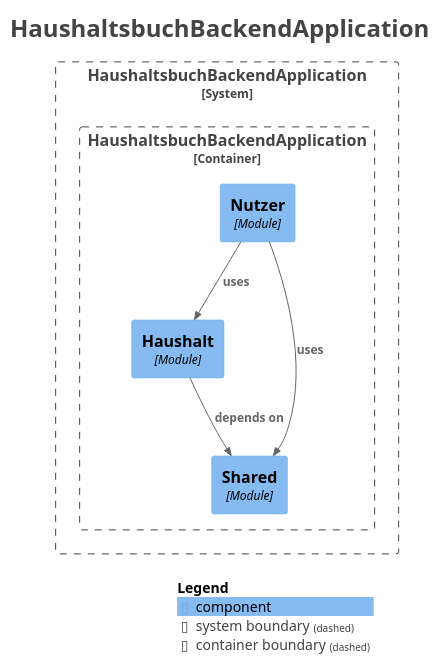
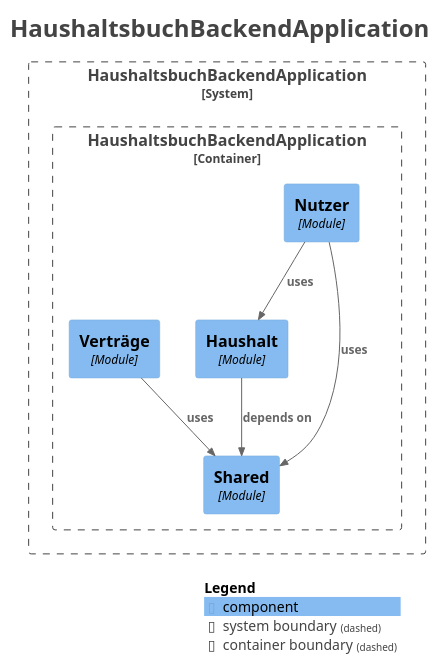
The diagram in docs/module/components.puml (bjoernb94/Haushaltsbuch-Backend), drawn with PlantUML before and after one commit. The commit also changed 41 other files, not shown here.

```diff
--- a/docs/module/components.puml
+++ b/docs/module/components.puml
@@ -1,33 +1,35 @@
 @startuml
 title <size:24>HaushaltsbuchBackendApplication</size>
 
 set separator none
 top to bottom direction
 
 <style>
   root {
     BackgroundColor: #ffffff
     FontColor: #444444
   }
 </style>
 
 !include <C4/C4>
 !include <C4/C4_Context>
 !include <C4/C4_Component>
 
 System_Boundary("HaushaltsbuchBackendApplication_boundary", "HaushaltsbuchBackendApplication", $tags="") {
   Container_Boundary("HaushaltsbuchBackendApplication.HaushaltsbuchBackendApplication_boundary", "HaushaltsbuchBackendApplication", $tags="") {
     Component(HaushaltsbuchBackendApplication.HaushaltsbuchBackendApplication.Haushalt, "Haushalt", $techn="Module", $descr="", $tags="", $link="")
     Component(HaushaltsbuchBackendApplication.HaushaltsbuchBackendApplication.Nutzer, "Nutzer", $techn="Module", $descr="", $tags="", $link="")
     Component(HaushaltsbuchBackendApplication.HaushaltsbuchBackendApplication.Shared, "Shared", $techn="Module", $descr="", $tags="", $link="")
+    Component(HaushaltsbuchBackendApplication.HaushaltsbuchBackendApplication.Verträge, "Verträge", $techn="Module", $descr="", $tags="", $link="")
   }
 
 }
 
 Rel(HaushaltsbuchBackendApplication.HaushaltsbuchBackendApplication.Haushalt, HaushaltsbuchBackendApplication.HaushaltsbuchBackendApplication.Shared, "depends on", $techn="", $tags="", $link="")
 Rel(HaushaltsbuchBackendApplication.HaushaltsbuchBackendApplication.Nutzer, HaushaltsbuchBackendApplication.HaushaltsbuchBackendApplication.Haushalt, "uses", $techn="", $tags="", $link="")
 Rel(HaushaltsbuchBackendApplication.HaushaltsbuchBackendApplication.Nutzer, HaushaltsbuchBackendApplication.HaushaltsbuchBackendApplication.Shared, "uses", $techn="", $tags="", $link="")
+Rel(HaushaltsbuchBackendApplication.HaushaltsbuchBackendApplication.Verträge, HaushaltsbuchBackendApplication.HaushaltsbuchBackendApplication.Shared, "uses", $techn="", $tags="", $link="")
 
 SHOW_LEGEND(true)
 hide stereotypes
 @enduml
```
